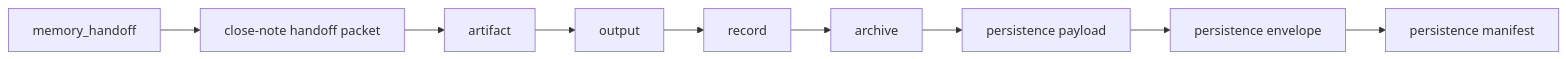
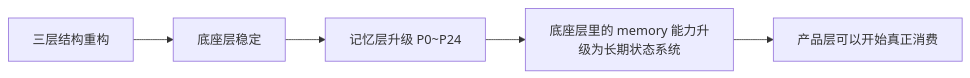
The second of 5 diagrams in docs/engineering/project_architecture_summary_post_memory_upgrade_v1.0.md (caoqc4/sparkcore), drawn with Mermaid before and after one commit. The commit also changed other lines of this file, not shown here.

Commit message:
docs: align project architecture summary with three-layer model

````diff
--- a/docs/engineering/project_architecture_summary_post_memory_upgrade_v1.0.md
+++ b/docs/engineering/project_architecture_summary_post_memory_upgrade_v1.0.md
@@ -110,11 +123,7 @@
 ```mermaid
 flowchart LR
-    A["memory_handoff"] --> B["close-note handoff packet"]
-    B --> C["artifact"]
-    C --> D["output"]
-    D --> E["record"]
-    E --> F["archive"]
-    F --> G["persistence payload"]
-    G --> H["persistence envelope"]
-    H --> I["persistence manifest"]
+    A["三层结构重构"] --> B["底座层稳定"]
+    B --> C["记忆层升级 P0~P24"]
+    C --> D["底座层里的 memory 能力升级为长期状态系统"]
+    D --> E["产品层可以开始真正消费"]
 ```
````
